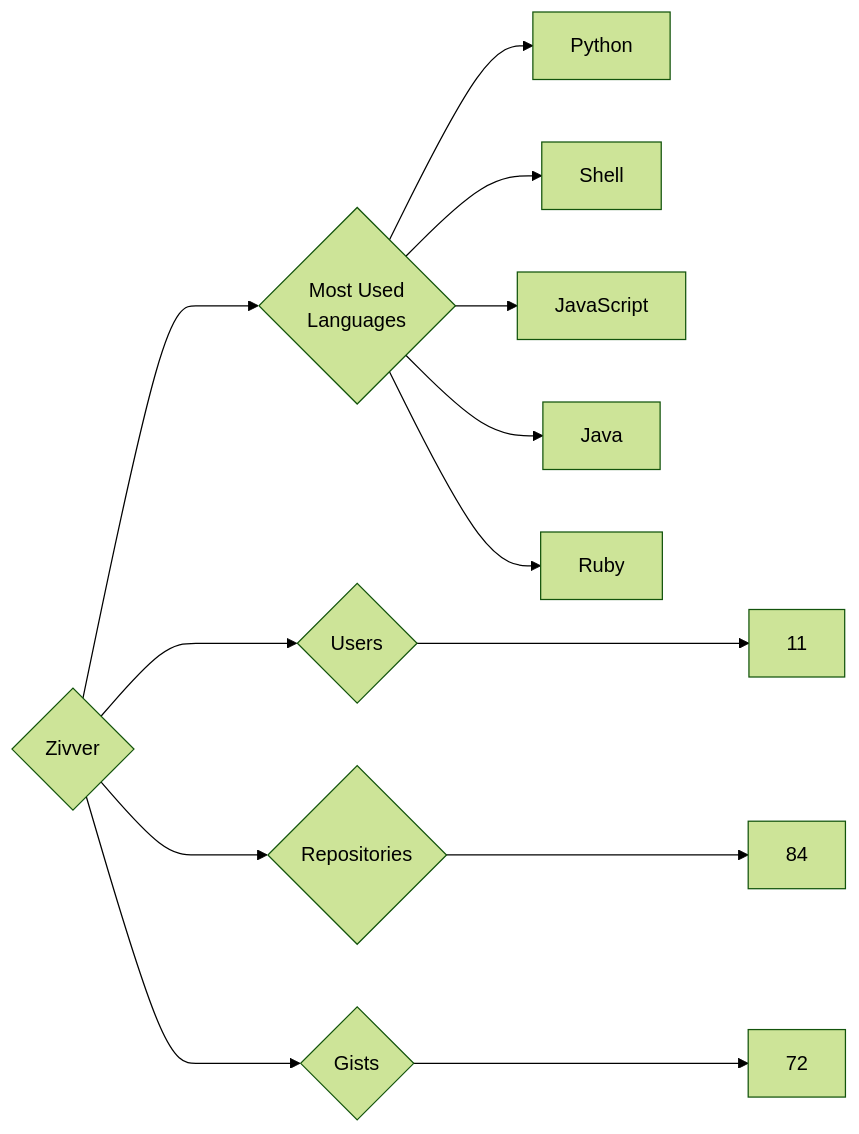
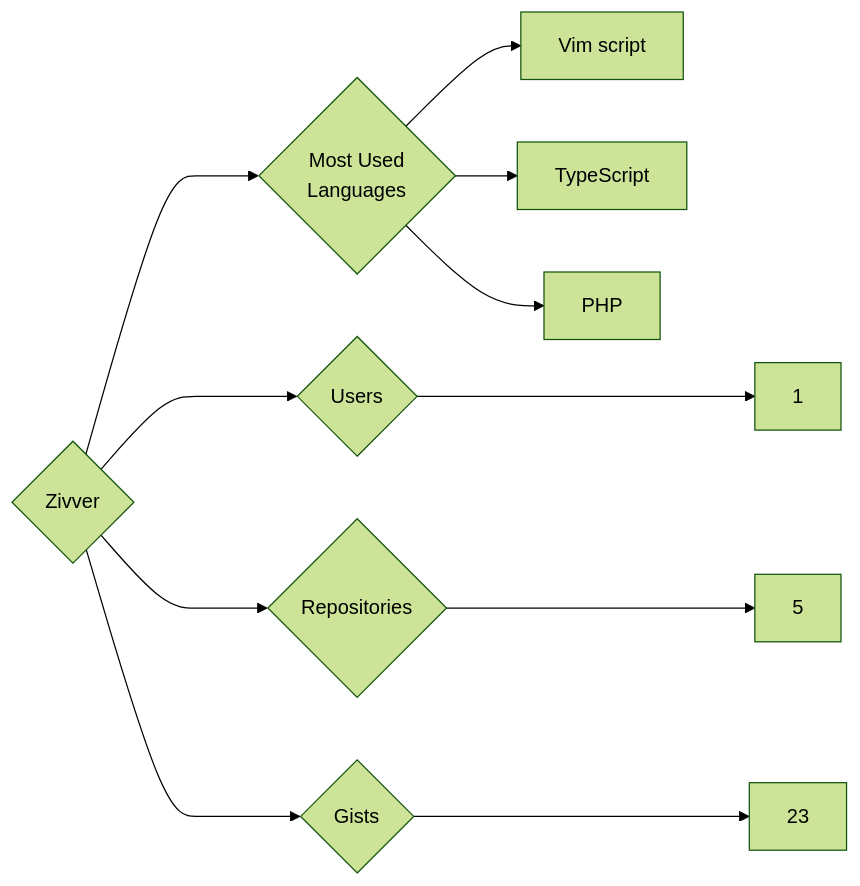
The diagram in targets/Zivver/README.md (trickest/insiders), drawn with Mermaid (forest theme) before and after one commit. The commit also changed 912 other files, not shown here.

````diff
--- a/targets/Zivver/README.md
+++ b/targets/Zivver/README.md
@@ -3,13 +3,11 @@
 ```mermaid
 graph LR
 COMPANY_NAME{Zivver}
-COMPANY_NAME ---> U{Users} ---> UN[11]
-COMPANY_NAME ---> R{Repositories} ---> RN[84]
-COMPANY_NAME ---> G{Gists} ---> GN[72]
+COMPANY_NAME ---> U{Users} ---> UN[1]
+COMPANY_NAME ---> R{Repositories} ---> RN[5]
+COMPANY_NAME ---> G{Gists} ---> GN[23]
 COMPANY_NAME ---> ML{Most Used<br>Languages}
-ML --> Python[Python]
-ML --> Shell[Shell]
-ML --> JavaScript[JavaScript]
-ML --> Java[Java]
-ML --> Ruby[Ruby]
+ML --> Vim_script[Vim script]
+ML --> TypeScript[TypeScript]
+ML --> PHP[PHP]
 ```
````
